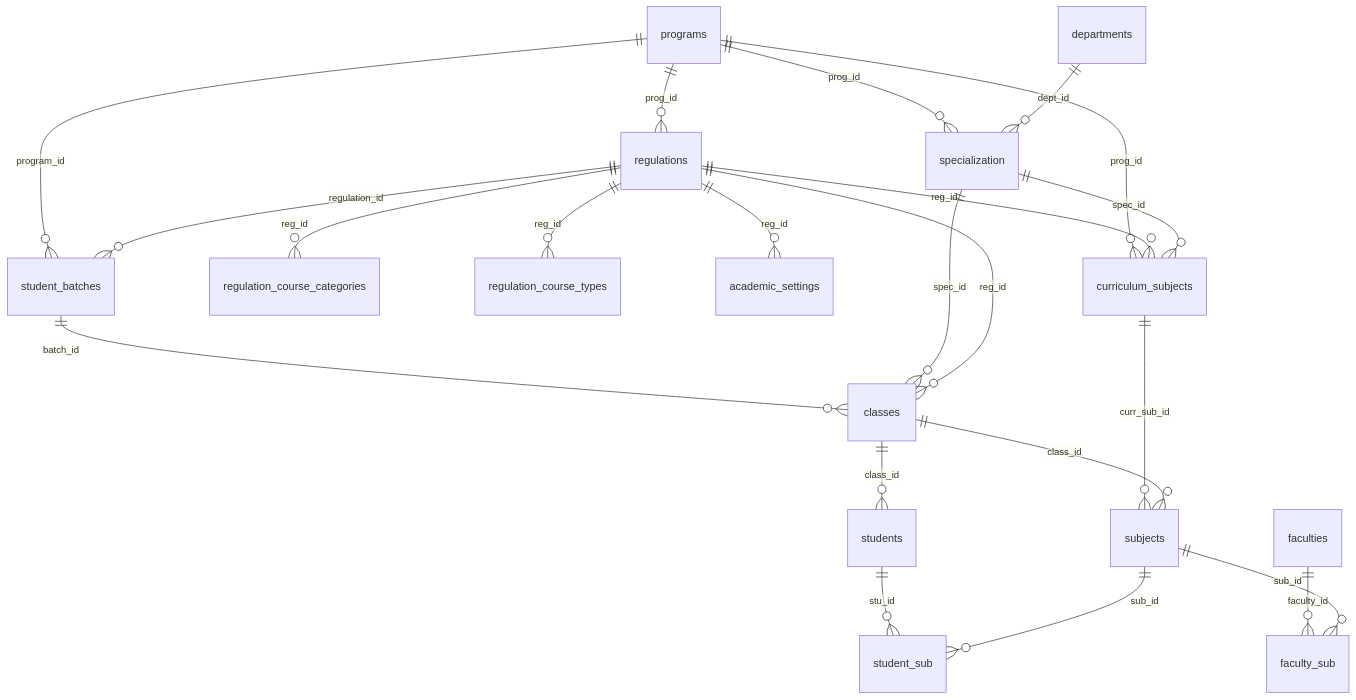
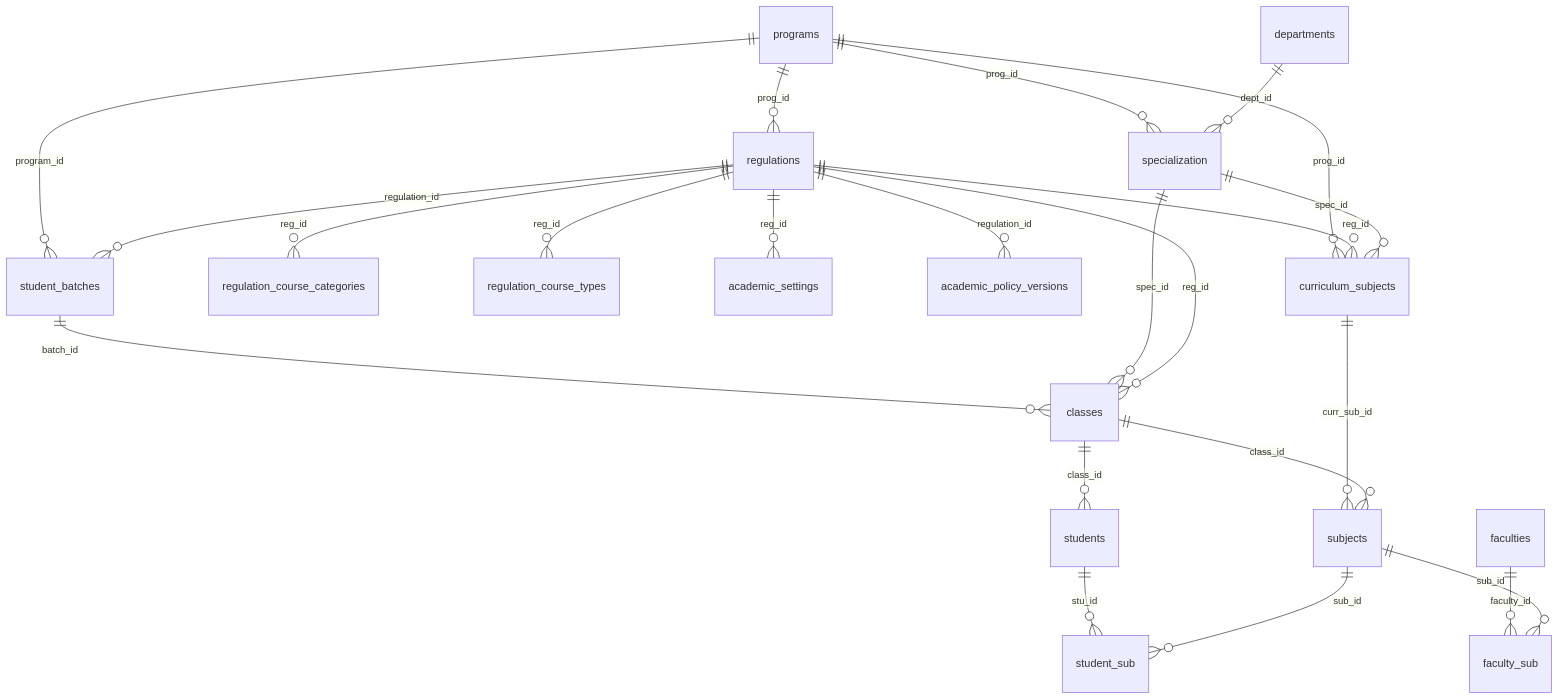
The second of 12 diagrams in docs/database/relationships.md (katamanilprojects/sarb), drawn with Mermaid before and after one commit. The commit also changed other lines of this file and 125 other files, not shown here.

````diff
--- a/docs/database/relationships.md
+++ b/docs/database/relationships.md
@@ -67,29 +68,30 @@
 ```mermaid
 erDiagram
     programs ||--o{ regulations : "prog_id"
     programs ||--o{ specialization : "prog_id"
     departments ||--o{ specialization : "dept_id"
     programs ||--o{ student_batches : "program_id"
     regulations ||--o{ student_batches : "regulation_id"
     student_batches ||--o{ classes : "batch_id"
     specialization ||--o{ classes : "spec_id"
     regulations ||--o{ classes : "reg_id"
     
     regulations ||--o{ regulation_course_categories : "reg_id"
     regulations ||--o{ regulation_course_types : "reg_id"
     regulations ||--o{ academic_settings : "reg_id"
+    regulations ||--o{ academic_policy_versions : "regulation_id"
 
     programs ||--o{ curriculum_subjects : "prog_id"
     regulations ||--o{ curriculum_subjects : "reg_id"
     specialization ||--o{ curriculum_subjects : "spec_id"
     curriculum_subjects ||--o{ subjects : "curr_sub_id"
 
     classes ||--o{ students : "class_id"
     classes ||--o{ subjects : "class_id"
 
     students ||--o{ student_sub : "stu_id"
     subjects ||--o{ student_sub : "sub_id"
 
     faculties ||--o{ faculty_sub : "faculty_id"
     subjects ||--o{ faculty_sub : "sub_id"
 ```
````
